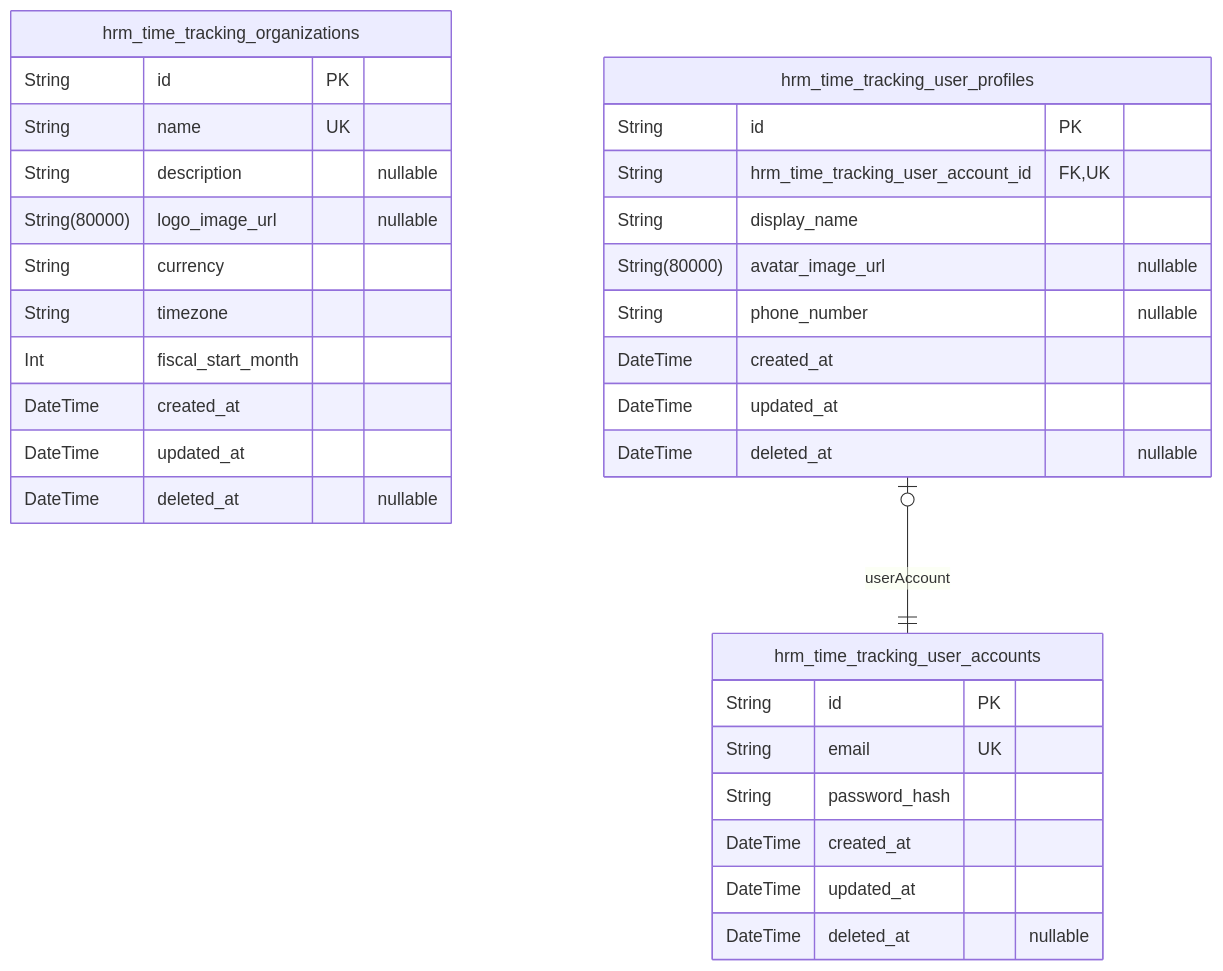
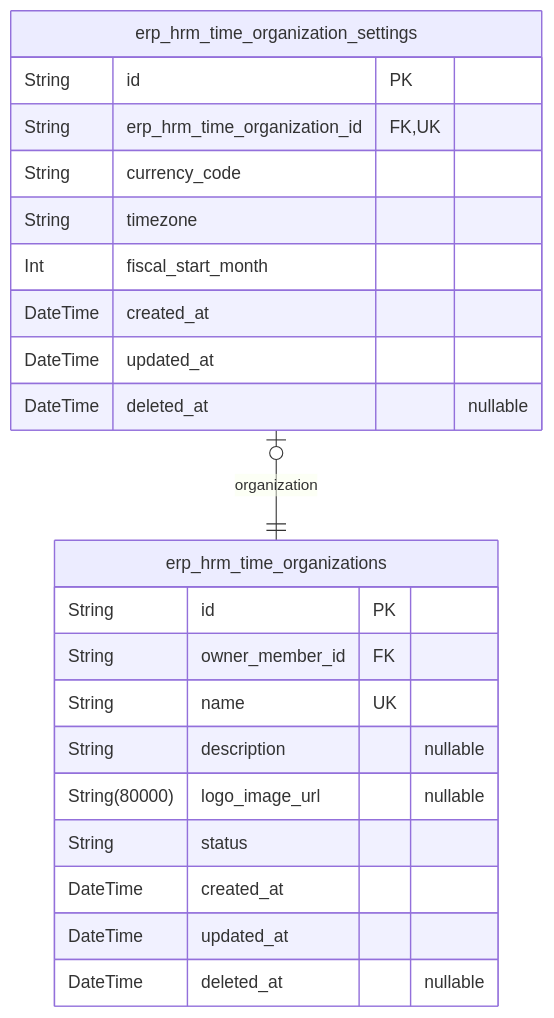
The third of 9 diagrams in openai/gpt-5.4-mini/erp/docs/ERD.md (wrtnlabs/autobe-examples), drawn with Mermaid before and after one commit. The commit also changed other lines of this file and 9017 other files, not shown here.

````diff
--- a/openai/gpt-5.4-mini/erp/docs/ERD.md
+++ b/openai/gpt-5.4-mini/erp/docs/ERD.md
@@ -210,34 +352,25 @@
 ```mermaid
 erDiagram
-"hrm_time_tracking_organizations" {
+"erp_hrm_time_organizations" {
   String id PK
+  String owner_member_id FK
   String name UK
   String description "nullable"
   String(80000) logo_image_url "nullable"
-  String currency
+  String status
+  DateTime created_at
+  DateTime updated_at
+  DateTime deleted_at "nullable"
+}
+"erp_hrm_time_organization_settings" {
+  String id PK
+  String erp_hrm_time_organization_id FK,UK
+  String currency_code
   String timezone
   Int fiscal_start_month
   DateTime created_at
   DateTime updated_at
   DateTime deleted_at "nullable"
 }
-"hrm_time_tracking_user_accounts" {
-  String id PK
-  String email UK
-  String password_hash
-  DateTime created_at
-  DateTime updated_at
-  DateTime deleted_at "nullable"
-}
-"hrm_time_tracking_user_profiles" {
-  String id PK
-  String hrm_time_tracking_user_account_id FK,UK
-  String display_name
-  String(80000) avatar_image_url "nullable"
-  String phone_number "nullable"
-  DateTime created_at
-  DateTime updated_at
-  DateTime deleted_at "nullable"
-}
-"hrm_time_tracking_user_profiles" |o--|| "hrm_time_tracking_user_accounts" : userAccount
+"erp_hrm_time_organization_settings" |o--|| "erp_hrm_time_organizations" : organization
 ```
````
